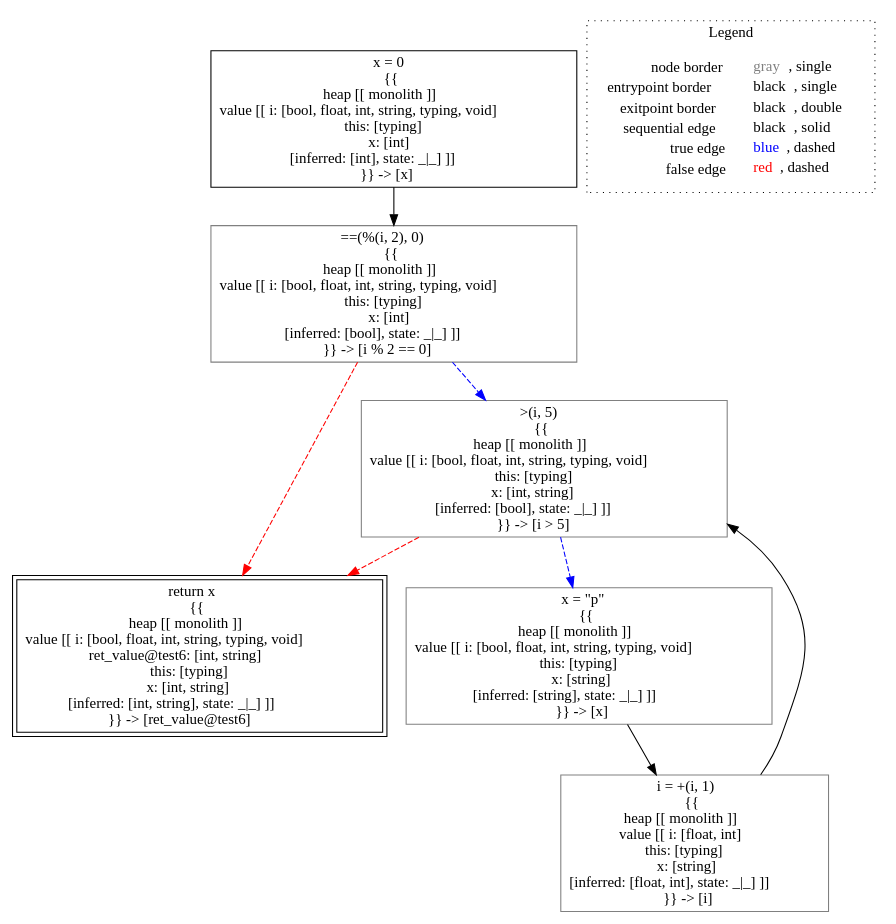
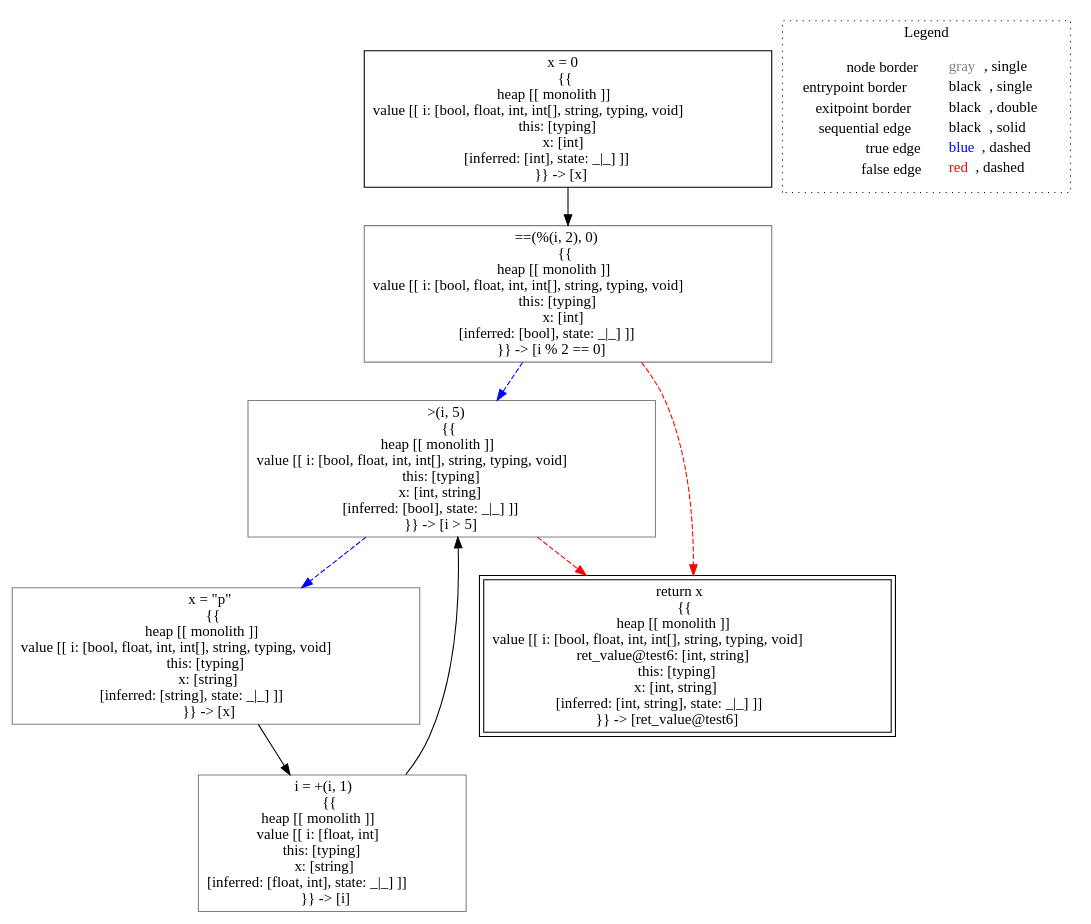
The diagram in lisa/imp-testcases/type-inference/typing___untyped_typing.test6(typing_this,_untyped_i).dot (lisa-analyzer/lisa), drawn with Graphviz before and after one commit. The commit also changed 8 other files, not shown here.

Commit message:
#95 simple typing test, fixed monolithic rewriting for heap dereference

```diff
--- a/lisa/imp-testcases/type-inference/typing___untyped_typing.test6(typing_this,_untyped_i).dot
+++ b/lisa/imp-testcases/type-inference/typing___untyped_typing.test6(typing_this,_untyped_i).dot
@@ -1,22 +1,22 @@
 digraph {
-	"node0" [shape="rect",color="black",label=<x = 0<BR/>{{<BR/>heap [[ monolith ]]<BR/>value [[ i: [bool, float, int, string, typing, void]<BR/>this: [typing]<BR/>x: [int]<BR/>[inferred: [int], state: _|_] ]]<BR/>}} -&gt; [x]>];
-	"node1" [shape="rect",color="black",peripheries="2",label=<return x<BR/>{{<BR/>heap [[ monolith ]]<BR/>value [[ i: [bool, float, int, string, typing, void]<BR/>ret_value@test6: [int, string]<BR/>this: [typing]<BR/>x: [int, string]<BR/>[inferred: [int, string], state: _|_] ]]<BR/>}} -&gt; [ret_value@test6]>];
-	"node2" [shape="rect",color="gray",label=<&gt;(i, 5)<BR/>{{<BR/>heap [[ monolith ]]<BR/>value [[ i: [bool, float, int, string, typing, void]<BR/>this: [typing]<BR/>x: [int, string]<BR/>[inferred: [bool], state: _|_] ]]<BR/>}} -&gt; [i &gt; 5]>];
-	"node3" [shape="rect",color="gray",label=<i = +(i, 1)<BR/>{{<BR/>heap [[ monolith ]]<BR/>value [[ i: [float, int]<BR/>this: [typing]<BR/>x: [string]<BR/>[inferred: [float, int], state: _|_] ]]<BR/>}} -&gt; [i]>];
-	"node4" [shape="rect",color="gray",label=<x = &quot;p&quot;<BR/>{{<BR/>heap [[ monolith ]]<BR/>value [[ i: [bool, float, int, string, typing, void]<BR/>this: [typing]<BR/>x: [string]<BR/>[inferred: [string], state: _|_] ]]<BR/>}} -&gt; [x]>];
-	"node5" [shape="rect",color="gray",label=<==(%(i, 2), 0)<BR/>{{<BR/>heap [[ monolith ]]<BR/>value [[ i: [bool, float, int, string, typing, void]<BR/>this: [typing]<BR/>x: [int]<BR/>[inferred: [bool], state: _|_] ]]<BR/>}} -&gt; [i % 2 == 0]>];
-	"node2" -> "node1" [color="red",style="dashed"];
-	"node2" -> "node4" [color="blue",style="dashed"];
-	"node3" -> "node2" [color="black"];
-	"node4" -> "node3" [color="black"];
-	"node5" -> "node1" [color="red",style="dashed"];
-	"node5" -> "node2" [color="blue",style="dashed"];
-	"node0" -> "node5" [color="black"];
+	"node0" [shape="rect",color="black",label=<x = 0<BR/>{{<BR/>heap [[ monolith ]]<BR/>value [[ i: [bool, float, int, int[], string, typing, void]<BR/>this: [typing]<BR/>x: [int]<BR/>[inferred: [int], state: _|_] ]]<BR/>}} -&gt; [x]>];
+	"node1" [shape="rect",color="gray",label=<==(%(i, 2), 0)<BR/>{{<BR/>heap [[ monolith ]]<BR/>value [[ i: [bool, float, int, int[], string, typing, void]<BR/>this: [typing]<BR/>x: [int]<BR/>[inferred: [bool], state: _|_] ]]<BR/>}} -&gt; [i % 2 == 0]>];
+	"node2" [shape="rect",color="gray",label=<&gt;(i, 5)<BR/>{{<BR/>heap [[ monolith ]]<BR/>value [[ i: [bool, float, int, int[], string, typing, void]<BR/>this: [typing]<BR/>x: [int, string]<BR/>[inferred: [bool], state: _|_] ]]<BR/>}} -&gt; [i &gt; 5]>];
+	"node3" [shape="rect",color="gray",label=<x = &quot;p&quot;<BR/>{{<BR/>heap [[ monolith ]]<BR/>value [[ i: [bool, float, int, int[], string, typing, void]<BR/>this: [typing]<BR/>x: [string]<BR/>[inferred: [string], state: _|_] ]]<BR/>}} -&gt; [x]>];
+	"node4" [shape="rect",color="black",peripheries="2",label=<return x<BR/>{{<BR/>heap [[ monolith ]]<BR/>value [[ i: [bool, float, int, int[], string, typing, void]<BR/>ret_value@test6: [int, string]<BR/>this: [typing]<BR/>x: [int, string]<BR/>[inferred: [int, string], state: _|_] ]]<BR/>}} -&gt; [ret_value@test6]>];
+	"node5" [shape="rect",color="gray",label=<i = +(i, 1)<BR/>{{<BR/>heap [[ monolith ]]<BR/>value [[ i: [float, int]<BR/>this: [typing]<BR/>x: [string]<BR/>[inferred: [float, int], state: _|_] ]]<BR/>}} -&gt; [i]>];
+	"node1" -> "node2" [color="blue",style="dashed"];
+	"node1" -> "node4" [color="red",style="dashed"];
+	"node2" -> "node3" [color="blue",style="dashed"];
+	"node2" -> "node4" [color="red",style="dashed"];
+	"node3" -> "node5" [color="black"];
+	"node0" -> "node1" [color="black"];
+	"node5" -> "node2" [color="black"];
 subgraph cluster_legend {
 	label="Legend";
 	style=dotted;
 	node [shape=plaintext];
 	"legend" [label=<<table border="0" cellpadding="2" cellspacing="0" cellborder="0"><tr><td align="right">node border&nbsp;</td><td align="left"><font color="gray">gray</font>, single</td></tr><tr><td align="right">entrypoint border&nbsp;</td><td align="left"><font color="black">black</font>, single</td></tr><tr><td align="right">exitpoint border&nbsp;</td><td align="left"><font color="black">black</font>, double</td></tr><tr><td align="right">sequential edge&nbsp;</td><td align="left"><font color="black">black</font>, solid</td></tr><tr><td align="right">true edge&nbsp;</td><td align="left"><font color="blue">blue</font>, dashed</td></tr><tr><td align="right">false edge&nbsp;</td><td align="left"><font color="red">red</font>, dashed</td></tr></table>>];
 }
 
 }
```
